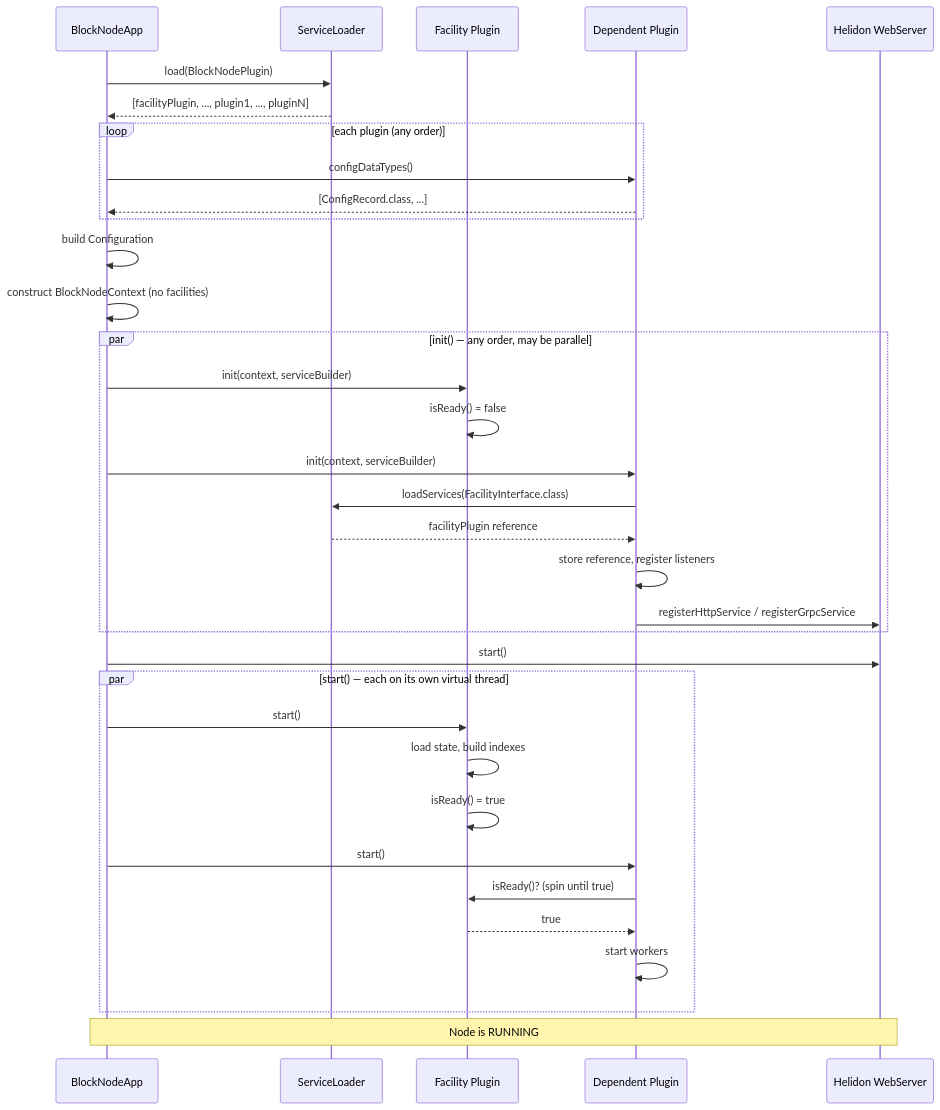
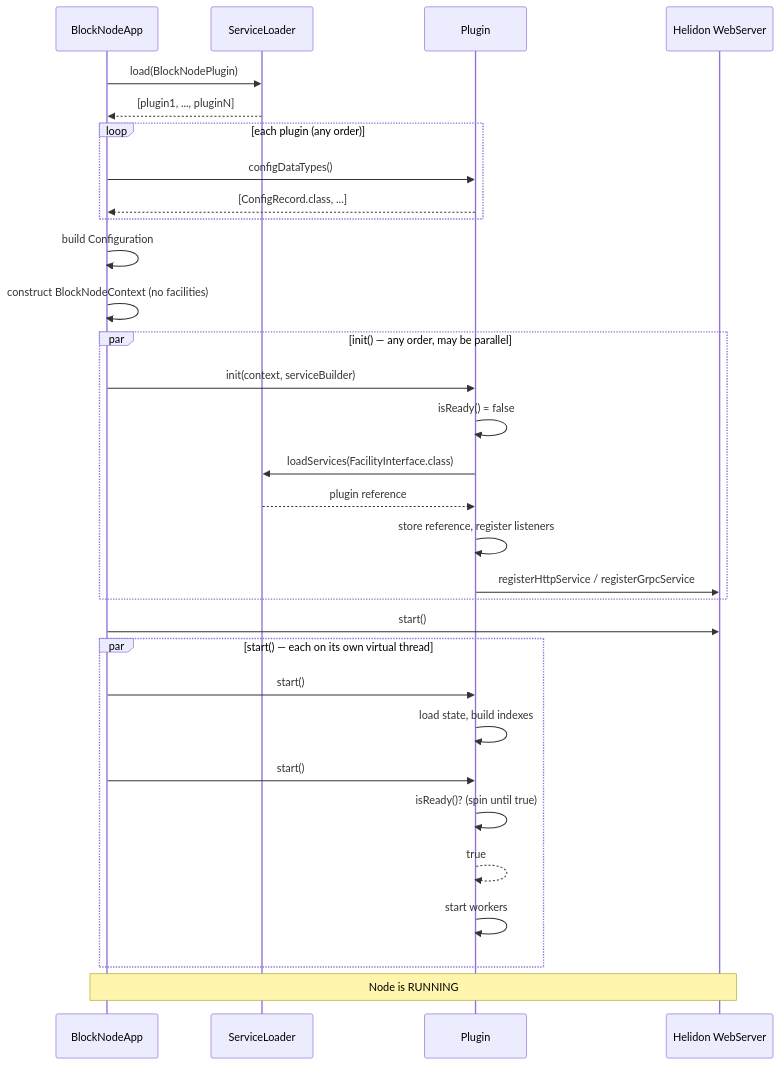
Before and after one commit to hiero-ledger/hiero-block-node: the second of 4 diagrams in docs/design/architecture/new-plugin-architecture.md, drawn with Mermaid. The commit also changed other lines of this file, not shown here.

First line of the commit message:
- Change facility to a deprecated pattern. - Show the new architecture as plugins with the ability to depend on other plugins

````diff
--- a/docs/design/architecture/new-plugin-architecture.md
+++ b/docs/design/architecture/new-plugin-architecture.md
@@ -416,37 +416,34 @@
 ```mermaid
 sequenceDiagram
     participant App as BlockNodeApp
     participant SL as ServiceLoader
-    participant FP as Facility Plugin
-    participant P as Dependent Plugin
+    participant P as Plugin
     participant WS as Helidon WebServer
 
     App->>SL: load(BlockNodePlugin)
-    SL-->>App: [facilityPlugin, ..., plugin1, ..., pluginN]
+    SL-->>App: [plugin1, ..., pluginN]
     loop each plugin (any order)
         App->>P: configDataTypes()
         P-->>App: [ConfigRecord.class, ...]
     end
     App->>App: build Configuration
     App->>App: construct BlockNodeContext (no facilities)
     par init() — any order, may be parallel
-        App->>FP: init(context, serviceBuilder)
-        FP->>FP: isReady() = false
         App->>P: init(context, serviceBuilder)
+        P->>P: isReady() = false
         P->>SL: loadServices(FacilityInterface.class)
-        SL-->>P: facilityPlugin reference
+        SL-->>P: plugin reference
         P->>P: store reference, register listeners
         P->>WS: registerHttpService / registerGrpcService
     end
     App->>WS: start()
     par start() — each on its own virtual thread
-        App->>FP: start()
-        FP->>FP: load state, build indexes
-        FP->>FP: isReady() = true
         App->>P: start()
-        P->>FP: isReady()? (spin until true)
-        FP-->>P: true
+        P->>P: load state, build indexes
+        App->>P: start()
+        P->>P: isReady()? (spin until true)
+        P-->>P: true
         P->>P: start workers
     end
     Note over App,WS: Node is RUNNING
 ```
````
